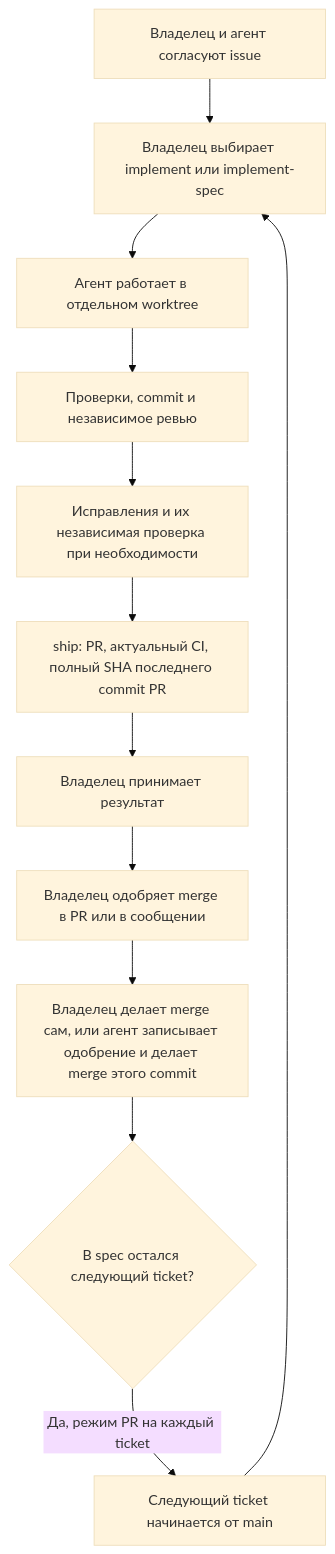
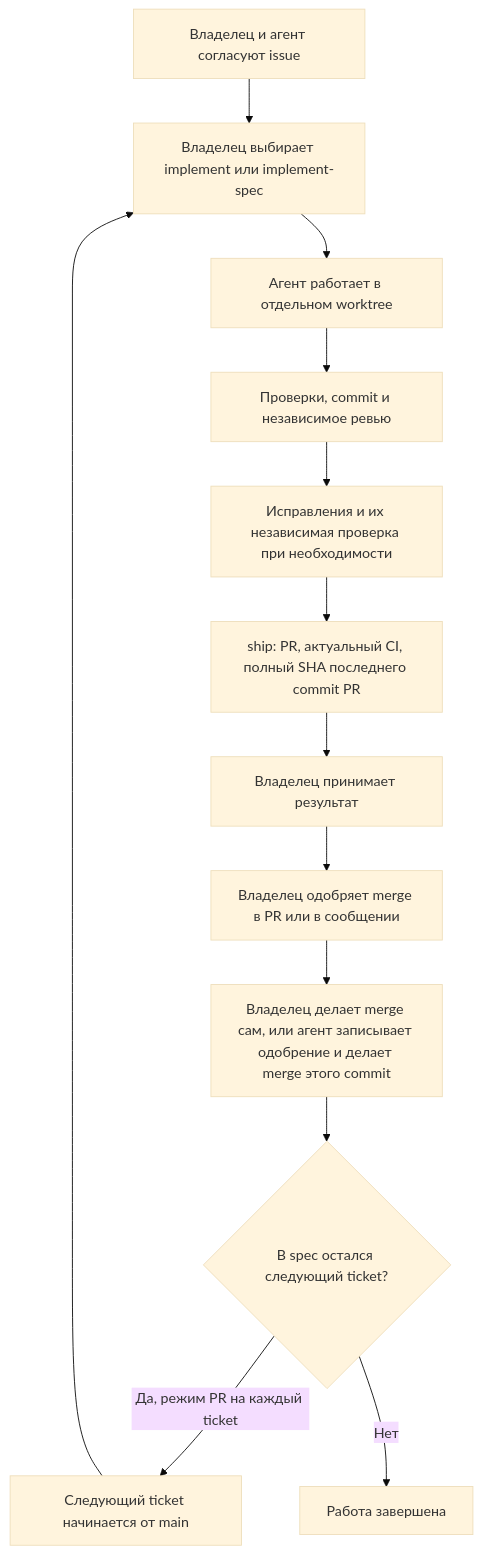
The diagram in docs/process.ru.md (KirillSachkov/interview-sensei), drawn with Mermaid (base theme) before and after one commit. The commit also changed other lines of this file and 2 other files, not shown here.

````diff
--- a/docs/process.ru.md
+++ b/docs/process.ru.md
@@ -7,14 +7,15 @@
 ```mermaid
 flowchart TD
     A["Владелец и агент согласуют issue"] --> B["Владелец выбирает implement или implement-spec"]
     B --> C["Агент работает в отдельном worktree"]
     C --> D["Проверки, commit и независимое ревью"]
     D --> E["Исправления и их независимая проверка при необходимости"]
     E --> F["ship: PR, актуальный CI, полный SHA последнего commit PR"]
     F --> G["Владелец принимает результат"]
     G --> H["Владелец одобряет merge в PR или в сообщении"]
     H --> I["Владелец делает merge сам, или агент записывает одобрение и делает merge этого commit"]
     I --> J{"В spec остался следующий ticket?"}
     J -- "Да, режим PR на каждый ticket" --> K["Следующий ticket начинается от main"]
     K --> B
+    J -- "Нет" --> L["Работа завершена"]
 ```
````
